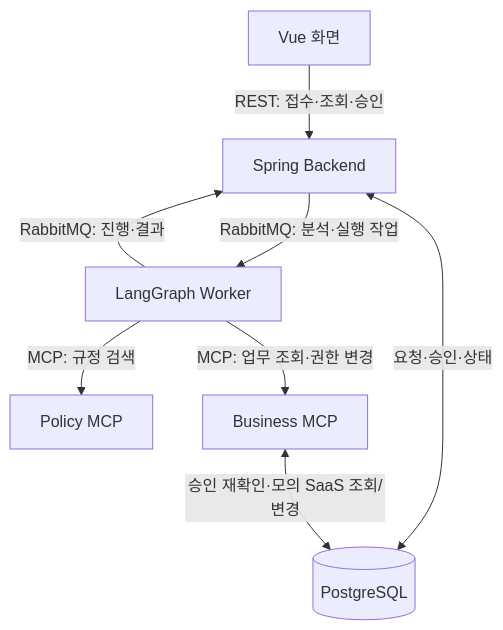
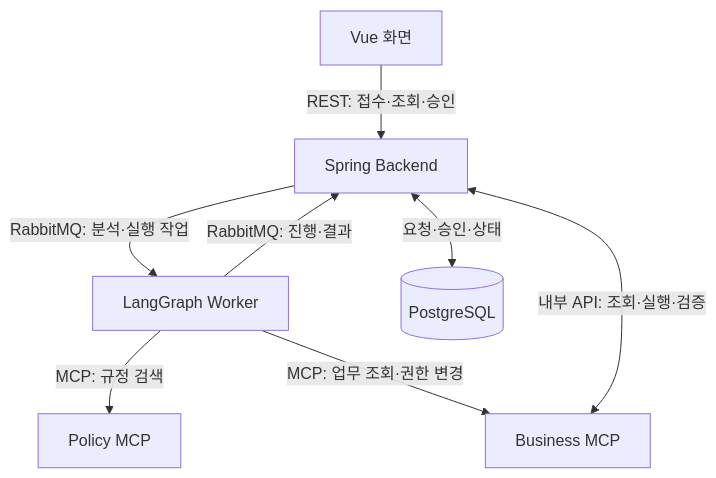
One commit to bana-lucky-100/UnlockOps changed the diagram in docs/api-spec.md. Above: the diagram before and after it, drawn with Mermaid. The commit also changed other lines of this file and 33 other files, not shown here.

````diff
--- a/docs/api-spec.md
+++ b/docs/api-spec.md
@@ -22,10 +22,10 @@
 ```mermaid
 flowchart TD
   UI["Vue 화면"] -->|"REST: 접수·조회·승인"| S["Spring Backend"]
   S -->|"RabbitMQ: 분석·실행 작업"| A["LangGraph Worker"]
   A -->|"MCP: 규정 검색"| P["Policy MCP"]
   A -->|"MCP: 업무 조회·권한 변경"| B["Business MCP"]
   A -->|"RabbitMQ: 진행·결과"| S
   S <-->|"요청·승인·상태"| DB[("PostgreSQL")]
-  B <-->|"승인 재확인·모의 SaaS 조회/변경"| DB
+  B <-->|"내부 API: 조회·실행·검증"| S
 ```
````
